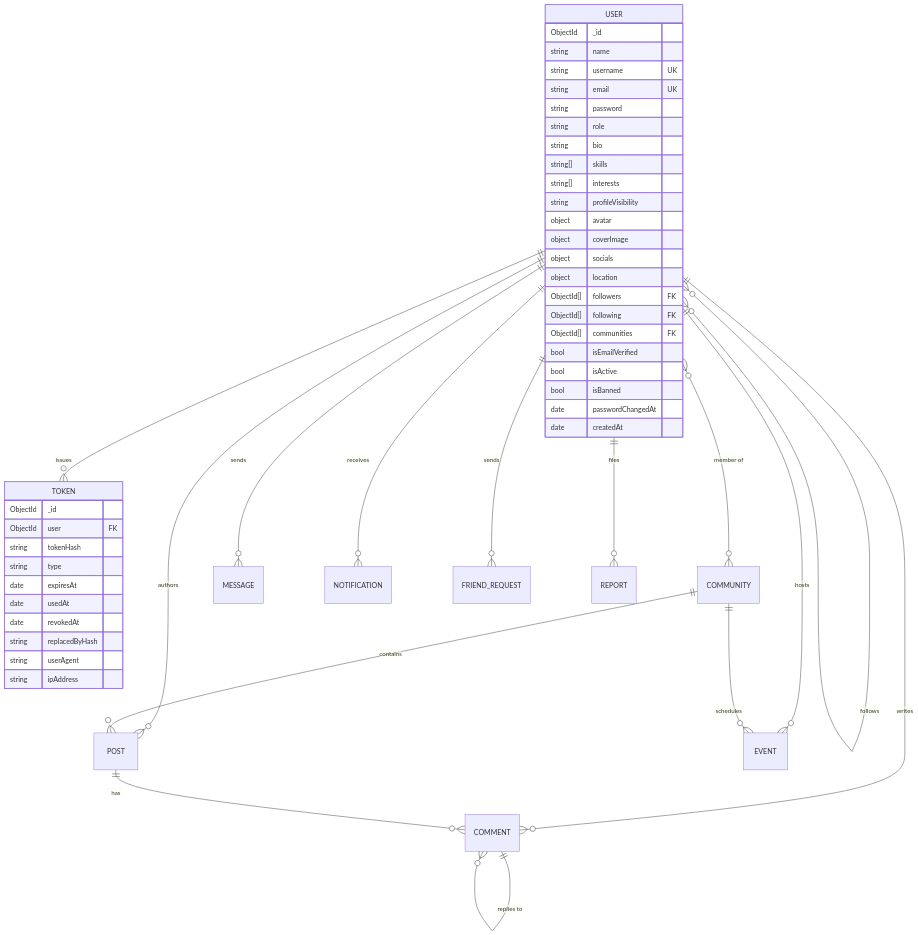
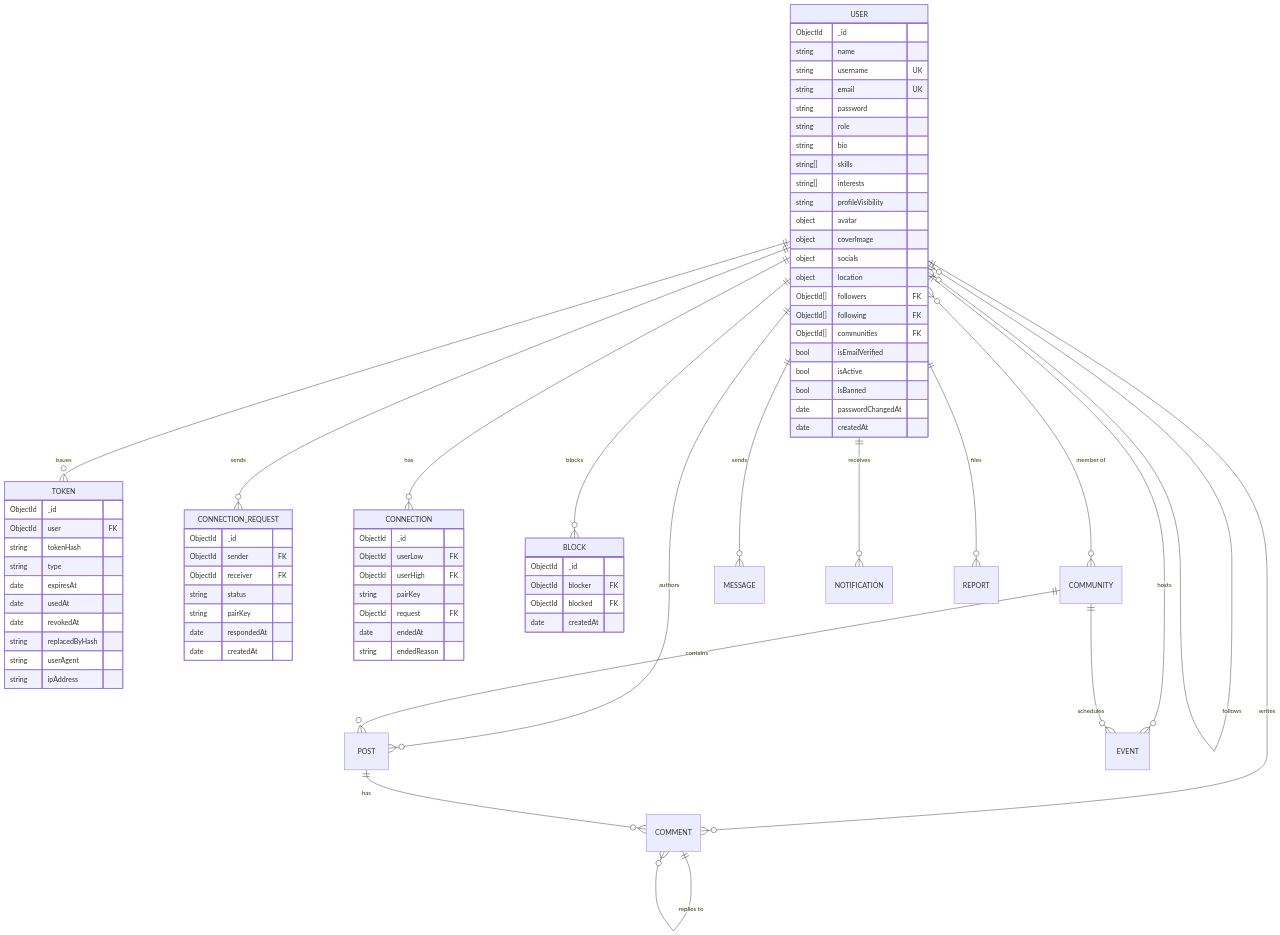
Before and after one commit to venki7569/LikeMinded: the diagram in docs/DATABASE.md, drawn with Mermaid. The commit also changed other lines of this file and 41 other files, not shown here.

````diff
--- a/docs/DATABASE.md
+++ b/docs/DATABASE.md
@@ -8,13 +8,15 @@
 ```mermaid
 erDiagram
     USER ||--o{ TOKEN : "issues"
+    USER ||--o{ CONNECTION_REQUEST : "sends"
+    USER ||--o{ CONNECTION : "has"
+    USER ||--o{ BLOCK : "blocks"
     USER }o--o{ USER : "follows"
     USER }o--o{ COMMUNITY : "member of"
     USER ||--o{ POST : "authors"
     USER ||--o{ COMMENT : "writes"
     USER ||--o{ MESSAGE : "sends"
     USER ||--o{ NOTIFICATION : "receives"
-    USER ||--o{ FRIEND_REQUEST : "sends"
     USER ||--o{ EVENT : "hosts"
     COMMUNITY ||--o{ POST : "contains"
     COMMUNITY ||--o{ EVENT : "schedules"
@@ -59,4 +61,31 @@
         string userAgent
         string ipAddress
     }
+
+    CONNECTION_REQUEST {
+        ObjectId _id
+        ObjectId sender FK
+        ObjectId receiver FK
+        string status
+        string pairKey
+        date respondedAt
+        date createdAt
+    }
+
+    CONNECTION {
+        ObjectId _id
+        ObjectId userLow FK
+        ObjectId userHigh FK
+        string pairKey
+        ObjectId request FK
+        date endedAt
+        string endedReason
+    }
+
+    BLOCK {
+        ObjectId _id
+        ObjectId blocker FK
+        ObjectId blocked FK
+        date createdAt
+    }
 ```
````
